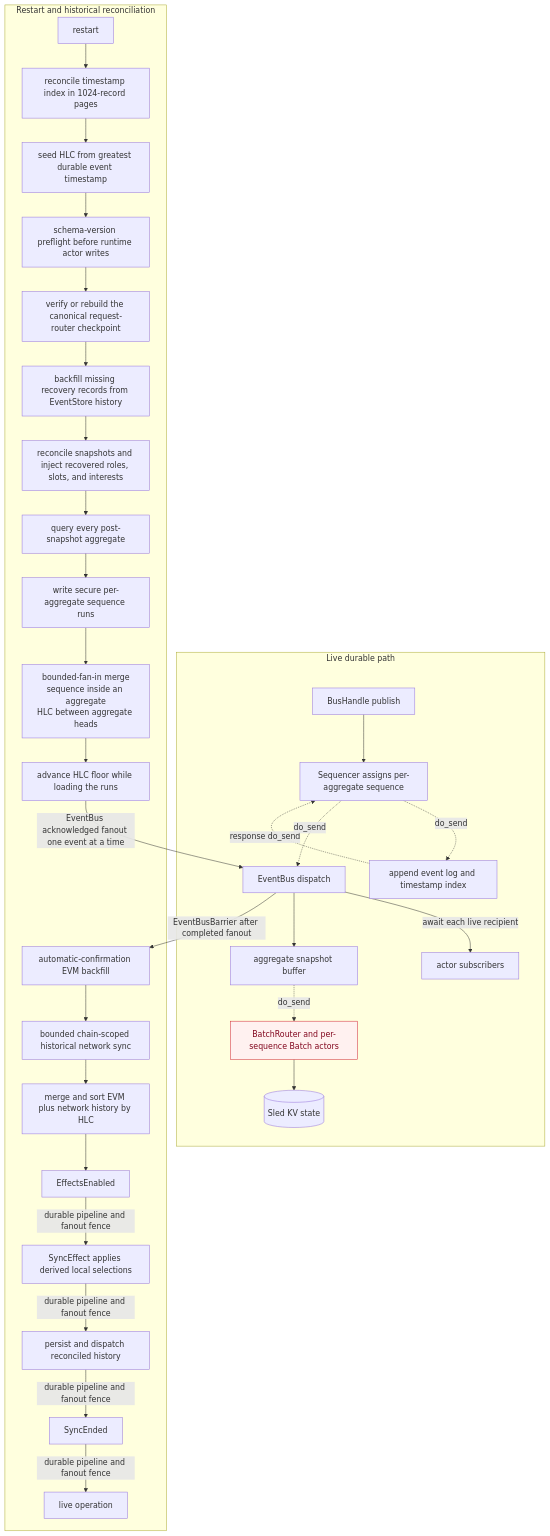
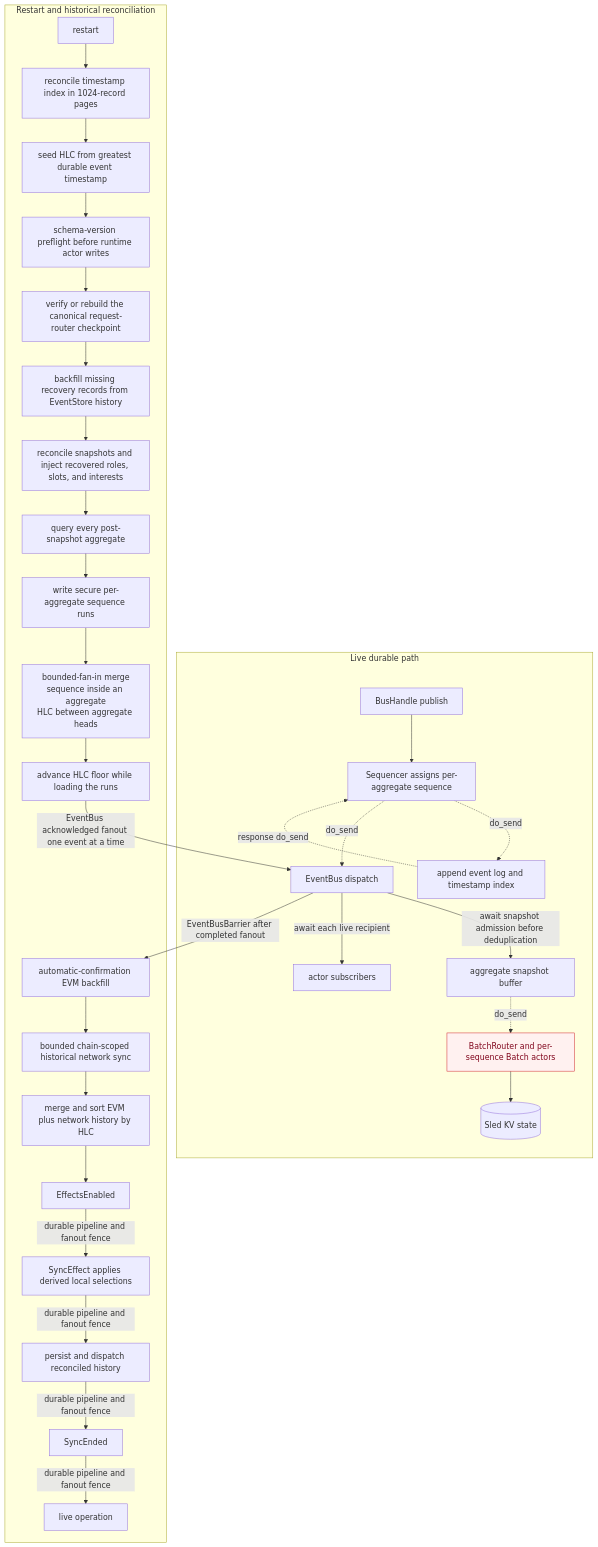
The fifth of 15 diagrams in agent/CRATES_ARCHITECTURE.md (theinterfold/interfold), drawn with Mermaid before and after one commit. The commit also changed other lines of this file and 27 other files, not shown here.

````diff
--- a/agent/CRATES_ARCHITECTURE.md
+++ b/agent/CRATES_ARCHITECTURE.md
@@ -328,38 +328,38 @@
 ```mermaid
 flowchart TD
     subgraph LivePath[Live durable path]
         Publish[BusHandle publish] --> Sequencer[Sequencer assigns per-aggregate sequence]
         Sequencer -. do_send .-> EventStore[append event log and timestamp index]
         EventStore -. response do_send .-> Sequencer
         Sequencer -. do_send .-> Dispatch[EventBus dispatch]
+        Dispatch -->|await snapshot admission before deduplication| SnapshotBuffer[aggregate snapshot buffer]
         Dispatch -->|await each live recipient| Subscribers[actor subscribers]
-        Dispatch --> SnapshotBuffer[aggregate snapshot buffer]
         SnapshotBuffer -. do_send .-> SnapshotRouter[BatchRouter and per-sequence Batch actors]
         SnapshotRouter --> Repositories[(Sled KV state)]
     end
 
     subgraph Recovery[Restart and historical reconciliation]
         Restart[restart] --> Index[reconcile timestamp index in 1024-record pages]
         Index --> ClockFloor[seed HLC from greatest durable event timestamp]
         ClockFloor --> Schema[schema-version preflight before runtime actor writes]
         Schema --> RouterCursor[verify or rebuild the canonical request-router checkpoint]
         RouterCursor --> Backfill[backfill missing recovery records from EventStore history]
         Backfill --> SnapshotMeta[reconcile snapshots and inject recovered roles, slots, and interests]
         SnapshotMeta --> Query[query every post-snapshot aggregate]
         Query --> Runs[write secure per-aggregate sequence runs]
         Runs --> GlobalOrder[bounded-fan-in merge<br/>sequence inside an aggregate<br/>HLC between aggregate heads]
         GlobalOrder --> ReplayFloor[advance HLC floor while loading the runs]
         ReplayFloor -->|EventBus acknowledged fanout one event at a time| Dispatch
         Dispatch -->|EventBusBarrier after completed fanout| EvmBackfill[automatic-confirmation EVM backfill]
         EvmBackfill --> NetBackfill[bounded chain-scoped historical network sync]
         NetBackfill --> Merge[merge and sort EVM plus network history by HLC]
         Merge --> Enable[EffectsEnabled]
         Enable -->|durable pipeline and fanout fence| Resume[SyncEffect applies derived local selections]
         Resume -->|durable pipeline and fanout fence| PersistHistory[persist and dispatch reconciled history]
         PersistHistory -->|durable pipeline and fanout fence| End[SyncEnded]
         End -->|durable pipeline and fanout fence| Live[live operation]
     end
 
     classDef residual fill:#fff1f0,stroke:#cf222e,color:#82071e
     class SnapshotRouter residual
 ```
````
